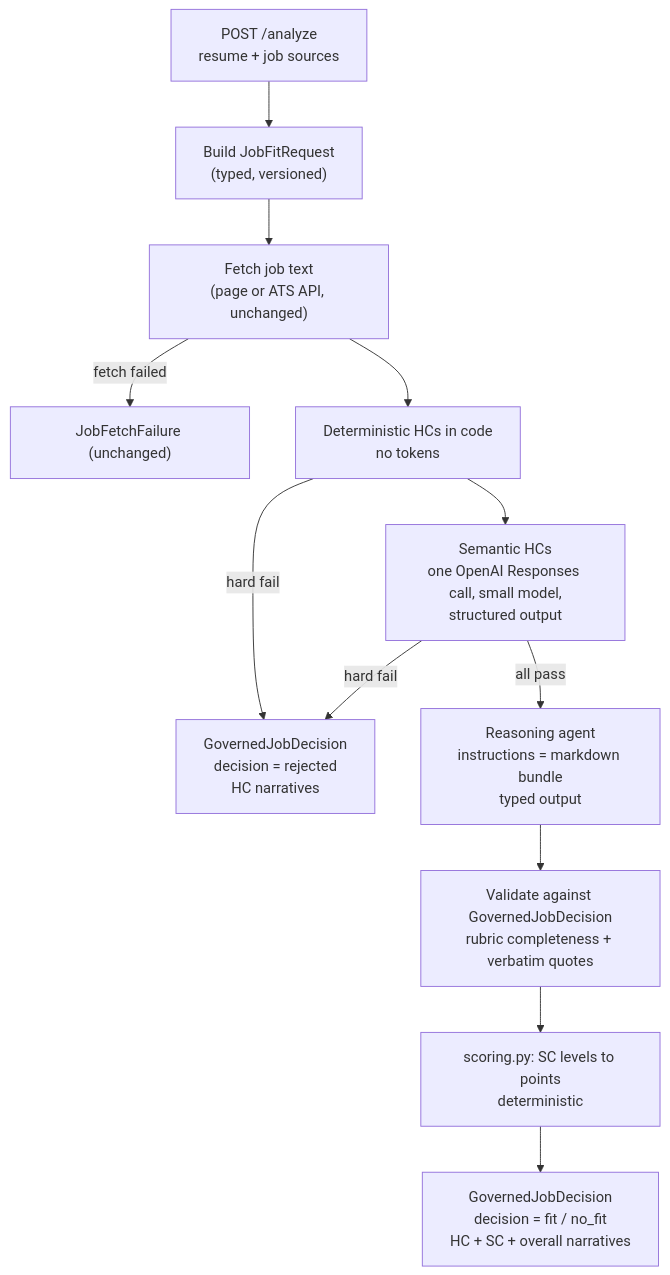
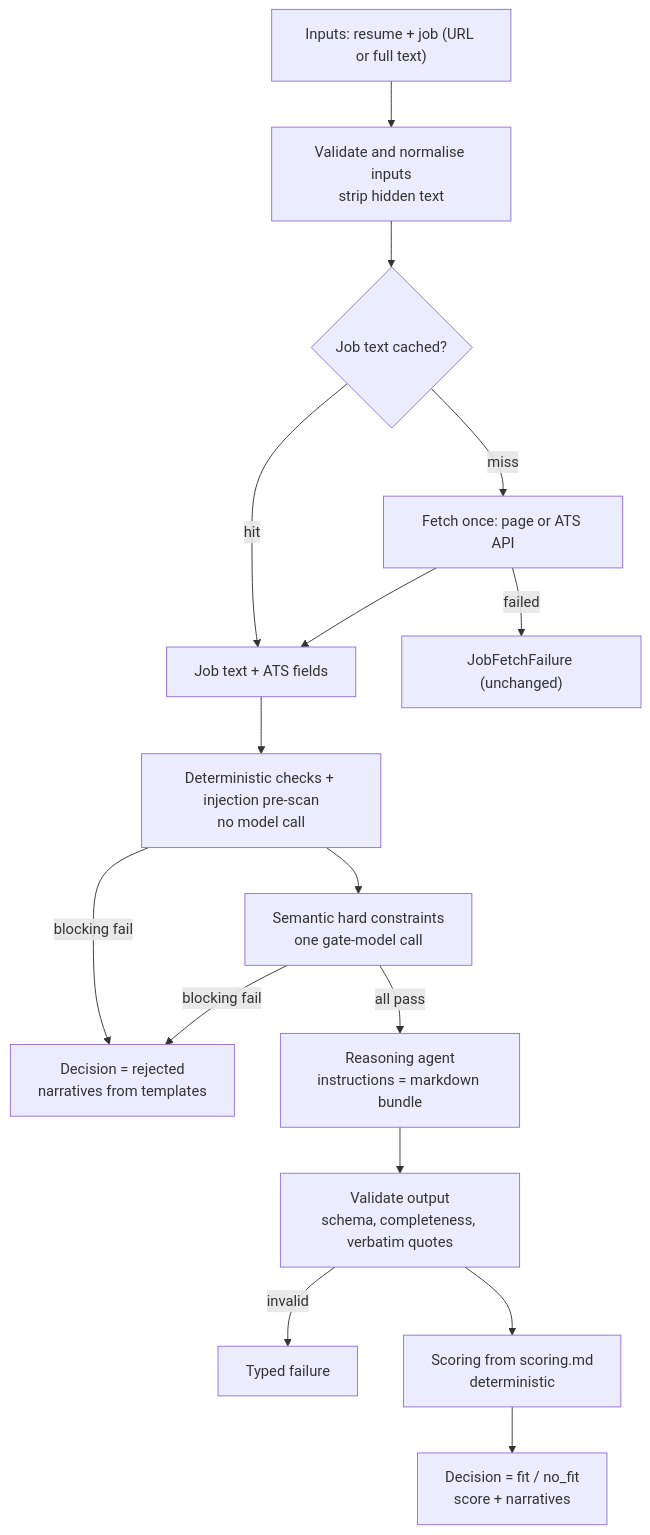
One commit to senthilsweb/agent-job-matcher changed the diagram in openspec/changes/propose-governed-agent-architecture/design.md. Above: the diagram before and after it, drawn with Mermaid. The commit also changed other lines of this file and 3 other files, not shown here.

First line of the commit message:
docs(openspec): add guardrails, job caching, markdown scoring config, and layer map to governed proposal

````diff
--- a/openspec/changes/propose-governed-agent-architecture/design.md
+++ b/openspec/changes/propose-governed-agent-architecture/design.md
@@ -8,14 +8,18 @@
 ```mermaid
 flowchart TD
-    IN["POST /analyze<br/>resume + job sources"] --> REQ["Build JobFitRequest<br/>(typed, versioned)"]
-    REQ --> F["Fetch job text<br/>(page or ATS API, unchanged)"]
-    F -->|fetch failed| FF["JobFetchFailure (unchanged)"]
-    F --> DHC["Deterministic HCs in code<br/>no tokens"]
-    DHC -->|hard fail| NO["GovernedJobDecision<br/>decision = rejected<br/>HC narratives"]
-    DHC --> LHC["Semantic HCs<br/>one OpenAI Responses call, small model,<br/>structured output"]
-    LHC -->|hard fail| NO
-    LHC -->|all pass| RA["Reasoning agent<br/>instructions = markdown bundle<br/>typed output"]
-    RA --> V["Validate against GovernedJobDecision<br/>rubric completeness + verbatim quotes"]
-    V --> SC["scoring.py: SC levels to points<br/>deterministic"]
-    SC --> YES["GovernedJobDecision<br/>decision = fit / no_fit<br/>HC + SC + overall narratives"]
+    IN["Inputs: resume + job (URL or full text)"] --> N["Validate and normalise inputs<br/>strip hidden text"]
+    N --> C{"Job text cached?"}
+    C -->|hit| J["Job text + ATS fields"]
+    C -->|miss| F["Fetch once: page or ATS API"]
+    F -->|failed| FF["JobFetchFailure (unchanged)"]
+    F --> J
+    J --> DHC["Deterministic checks + injection pre-scan<br/>no model call"]
+    DHC -->|blocking fail| NO["Decision = rejected<br/>narratives from templates"]
+    DHC --> LHC["Semantic hard constraints<br/>one gate-model call"]
+    LHC -->|blocking fail| NO
+    LHC -->|all pass| RA["Reasoning agent<br/>instructions = markdown bundle"]
+    RA --> V["Validate output<br/>schema, completeness, verbatim quotes"]
+    V -->|invalid| FAIL["Typed failure"]
+    V --> SC["Scoring from scoring.md<br/>deterministic"]
+    SC --> YES["Decision = fit / no_fit<br/>score + narratives"]
 ```
````
